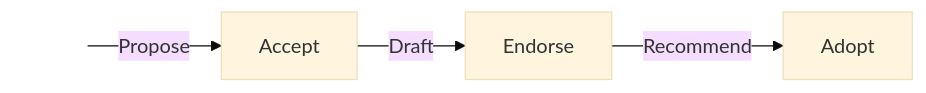
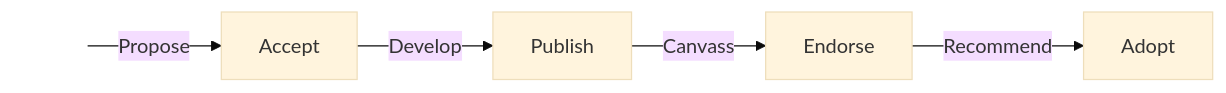
Before and after one commit to scientific-python/specs: the diagram in purpose-and-process/_index.md, drawn with Mermaid (base theme). The commit also changed other lines of this file, not shown here.

First line of the commit message:
Add publish state to SPEC process (#339)

````diff
--- a/purpose-and-process/_index.md
+++ b/purpose-and-process/_index.md
@@ -101,14 +101,16 @@
 ```mermaid
 graph LR
 
 START[ ]--> |Propose| A[Accept]
-A--> |Draft| B[Endorse]
-B--> |Recommend| C[Adopt]
+A--> |Develop| B[Publish]
+B--> |Canvass| C[Endorse]
+C--> |Recommend| D[Adopt]
 
 click A callback "Steering Committee Action"
-click B callback "Core Project Action"
-click C callback "Ecosystem Action"
+click B callback "Author Action"
+click C callback "Core Project Action"
+click D callback "Ecosystem Action"
 
 style START fill:#FFFFFF, stroke:#FFFFFF;
 
 ```
````
